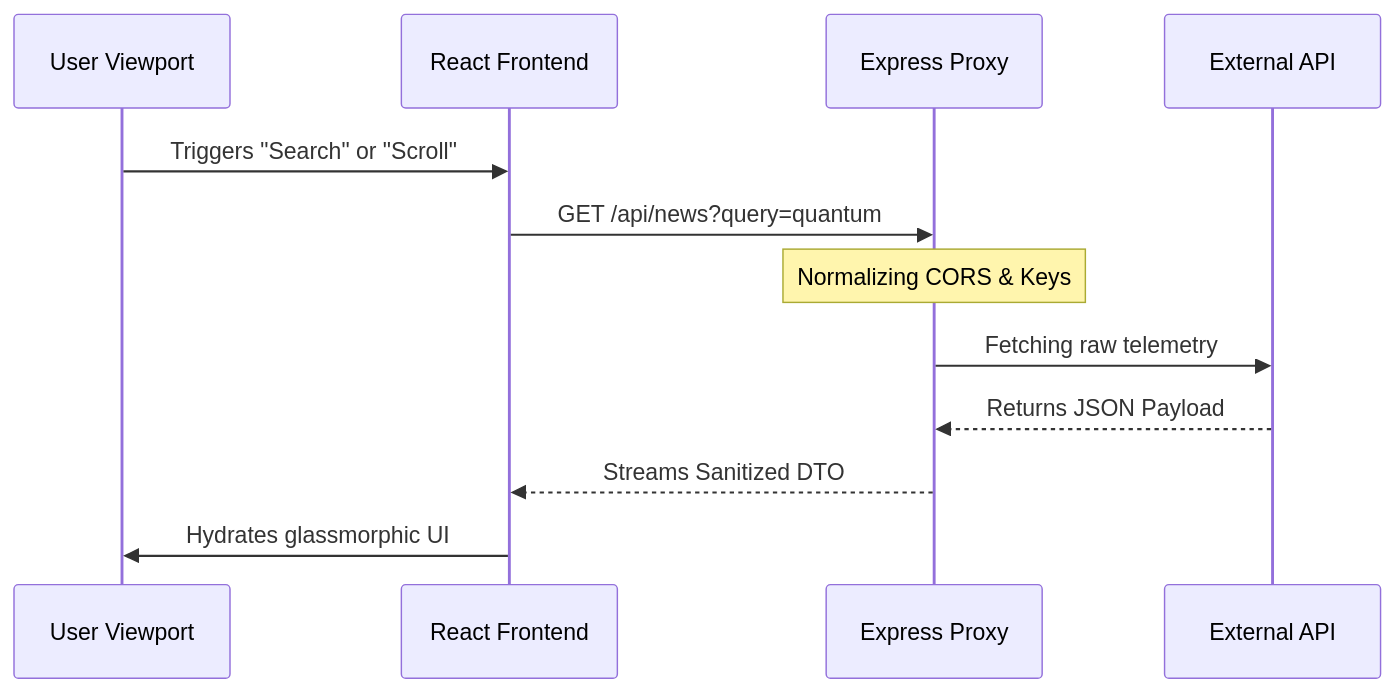
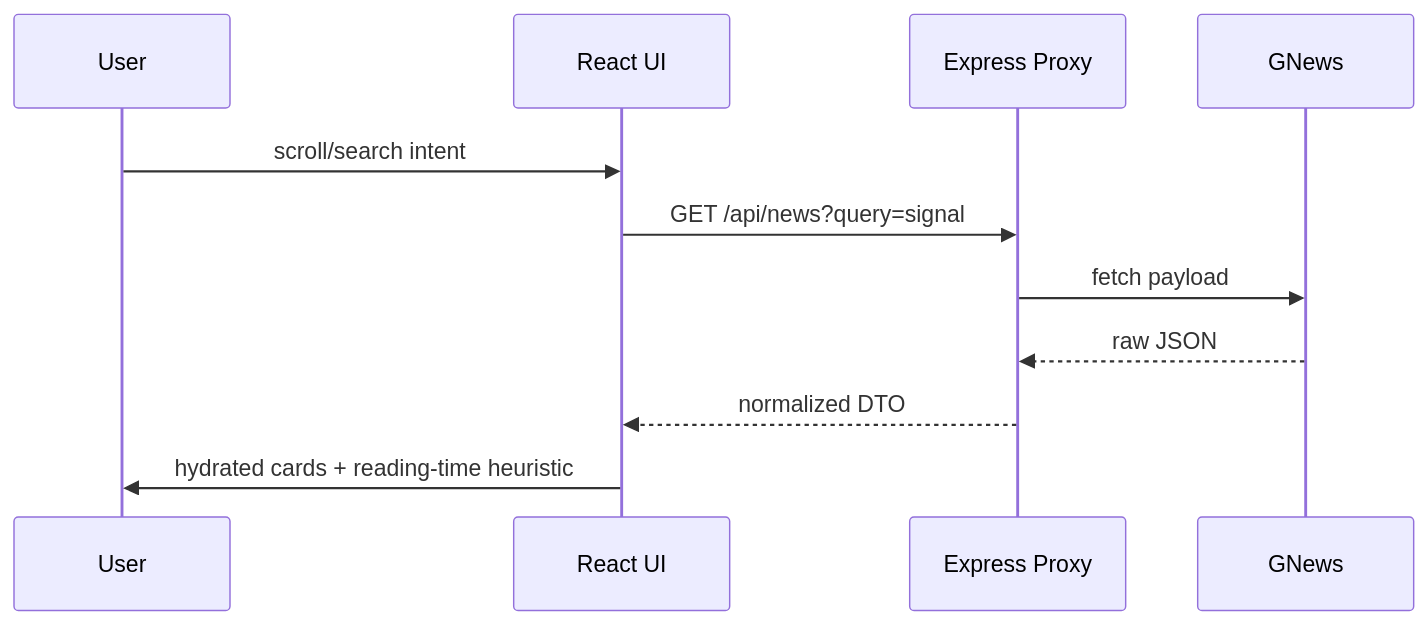
One commit to SonamNarula/ChaiCode-Dev-Cohort changed the second of 2 diagrams in README.md. Above: the diagram before and after it, drawn with Mermaid. The commit also changed other lines of this file, not shown here.

````diff
--- a/README.md
+++ b/README.md
@@ -41,15 +54,13 @@
 ```mermaid
 sequenceDiagram
-    participant U as User Viewport
-    participant F as React Frontend
+    participant U as User
+    participant F as React UI
     participant B as Express Proxy
-    participant E as External API
-
-    U->>F: Triggers "Search" or "Scroll"
-    F->>B: GET /api/news?query=quantum
-    Note over B: Normalizing CORS & Keys
-    B->>E: Fetching raw telemetry
-    E-->>B: Returns JSON Payload
-    B-->>F: Streams Sanitized DTO
-    F->>U: Hydrates glassmorphic UI
+    participant E as GNews
+    U->>F: scroll/search intent
+    F->>B: GET /api/news?query=signal
+    B->>E: fetch payload
+    E-->>B: raw JSON
+    B-->>F: normalized DTO
+    F->>U: hydrated cards + reading-time heuristic
 ```
````
